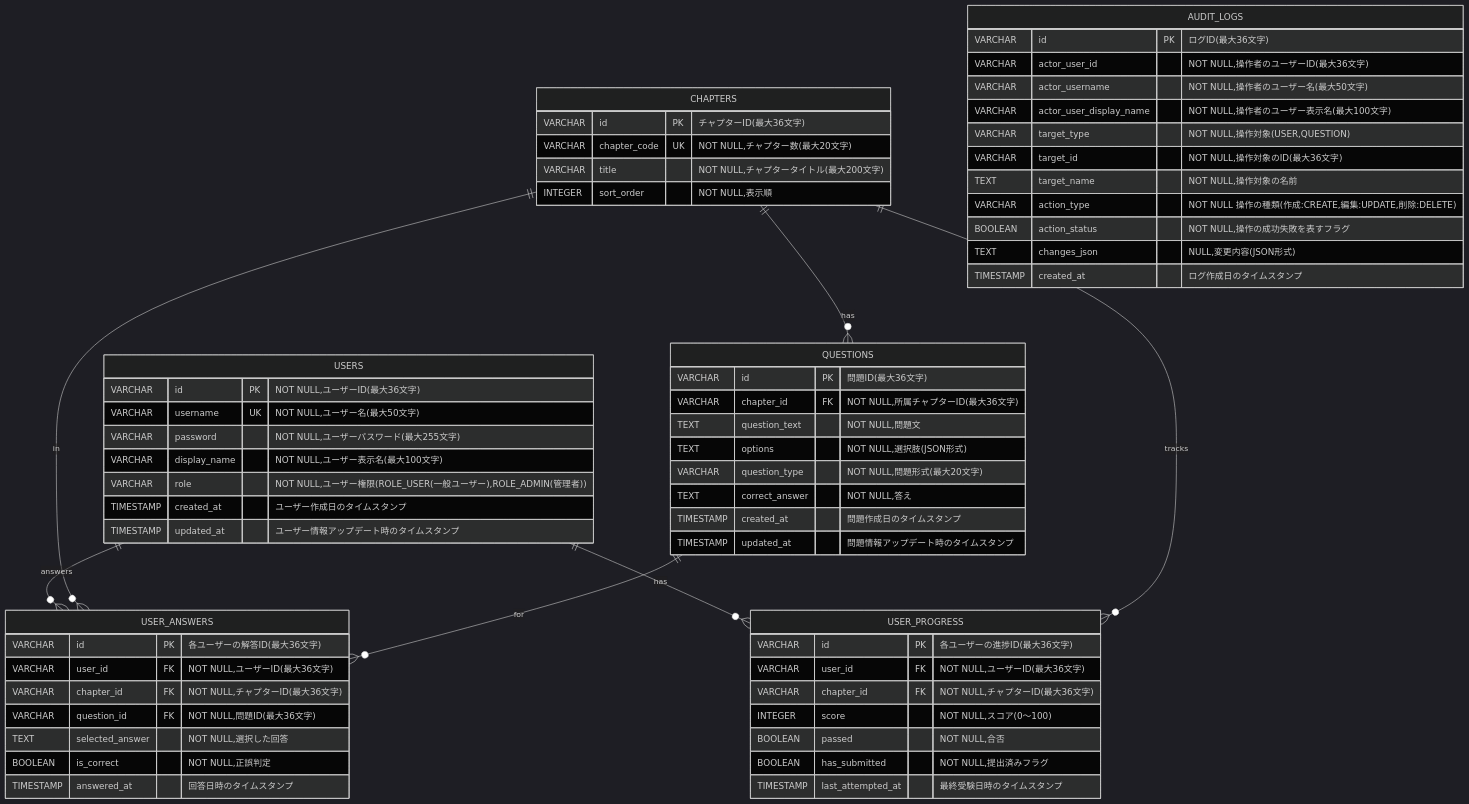
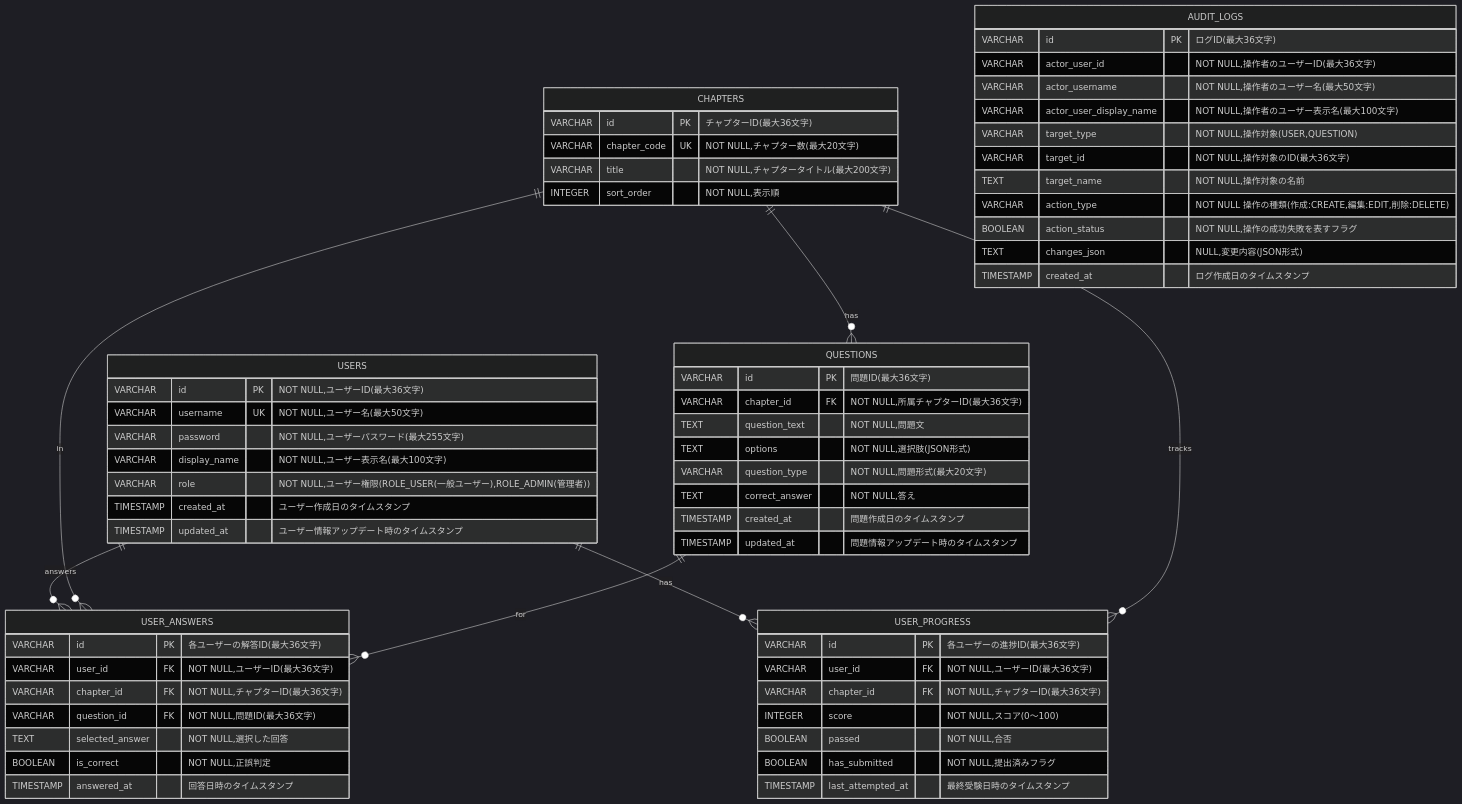
The diagram in docs/er-diagram.md (Java-exam-2026/team4-java-exam-v2), drawn with Mermaid (dark theme) before and after one commit. The commit also changed 5 other files, not shown here.

````diff
--- a/docs/er-diagram.md
+++ b/docs/er-diagram.md
@@ -15,72 +15,72 @@
 ```mermaid
 erDiagram
     
     USERS {
         VARCHAR id PK "NOT NULL,ユーザーID(最大36文字)"
         VARCHAR username UK "NOT NULL,ユーザー名(最大50文字)" 
         VARCHAR password "NOT NULL,ユーザーパスワード(最大255文字)"
         VARCHAR display_name "NOT NULL,ユーザー表示名(最大100文字)"
         VARCHAR role "NOT NULL,ユーザー権限(ROLE_USER(一般ユーザー),ROLE_ADMIN(管理者))"
         TIMESTAMP created_at "ユーザー作成日のタイムスタンプ"
         TIMESTAMP updated_at "ユーザー情報アップデート時のタイムスタンプ"
     }
 
     CHAPTERS {
         VARCHAR id PK "チャプターID(最大36文字)"
         VARCHAR chapter_code UK "NOT NULL,チャプター数(最大20文字)"
         VARCHAR title "NOT NULL,チャプタータイトル(最大200文字)"
         INTEGER sort_order "NOT NULL,表示順"
     }
 
     QUESTIONS {
         VARCHAR id PK "問題ID(最大36文字)"
         VARCHAR chapter_id FK "NOT NULL,所属チャプターID(最大36文字)"
         TEXT question_text "NOT NULL,問題文"
         TEXT options "NOT NULL,選択肢(JSON形式)"
         VARCHAR question_type "NOT NULL,問題形式(最大20文字)"
         TEXT correct_answer "NOT NULL,答え"
         TIMESTAMP created_at "問題作成日のタイムスタンプ"
         TIMESTAMP updated_at "問題情報アップデート時のタイムスタンプ"
     }
 
     USER_PROGRESS {
         VARCHAR id PK "各ユーザーの進捗ID(最大36文字)"
         VARCHAR user_id FK "NOT NULL,ユーザーID(最大36文字)"
         VARCHAR chapter_id FK "NOT NULL,チャプターID(最大36文字)"
         INTEGER score "NOT NULL,スコア(0〜100)"
         BOOLEAN passed "NOT NULL,合否"
         BOOLEAN has_submitted "NOT NULL,提出済みフラグ"
         TIMESTAMP last_attempted_at "最終受験日時のタイムスタンプ"
     }
 
     USER_ANSWERS {
         VARCHAR id PK "各ユーザーの解答ID(最大36文字)"
         VARCHAR user_id FK "NOT NULL,ユーザーID(最大36文字)"
         VARCHAR chapter_id FK "NOT NULL,チャプターID(最大36文字)"
         VARCHAR question_id FK "NOT NULL,問題ID(最大36文字)"
         TEXT selected_answer "NOT NULL,選択した回答"
         BOOLEAN is_correct "NOT NULL,正誤判定"
         TIMESTAMP answered_at "回答日時のタイムスタンプ"
     }
 
     AUDIT_LOGS {
         VARCHAR id PK "ログID(最大36文字)"
         VARCHAR actor_user_id  "NOT NULL,操作者のユーザーID(最大36文字)"
         VARCHAR actor_username "NOT NULL,操作者のユーザー名(最大50文字)"
         VARCHAR actor_user_display_name "NOT NULL,操作者のユーザー表示名(最大100文字)"
         VARCHAR target_type "NOT NULL,操作対象(USER,QUESTION)"
         VARCHAR target_id "NOT NULL,操作対象のID(最大36文字)"
         TEXT target_name "NOT NULL,操作対象の名前" 
-        VARCHAR action_type "NOT NULL 操作の種類(作成:CREATE,編集:UPDATE,削除:DELETE)"
+        VARCHAR action_type "NOT NULL 操作の種類(作成:CREATE,編集:EDIT,削除:DELETE)"
         BOOLEAN action_status "NOT NULL,操作の成功失敗を表すフラグ"
         TEXT changes_json "NULL,変更内容(JSON形式)"
         TIMESTAMP created_at "ログ作成日のタイムスタンプ"
     }
 
     CHAPTERS ||--o{ QUESTIONS : has
     USERS ||--o{ USER_PROGRESS : has
     CHAPTERS ||--o{ USER_PROGRESS : tracks
     USERS ||--o{ USER_ANSWERS : answers
     CHAPTERS ||--o{ USER_ANSWERS : in
     QUESTIONS ||--o{ USER_ANSWERS : for
 ```
````
